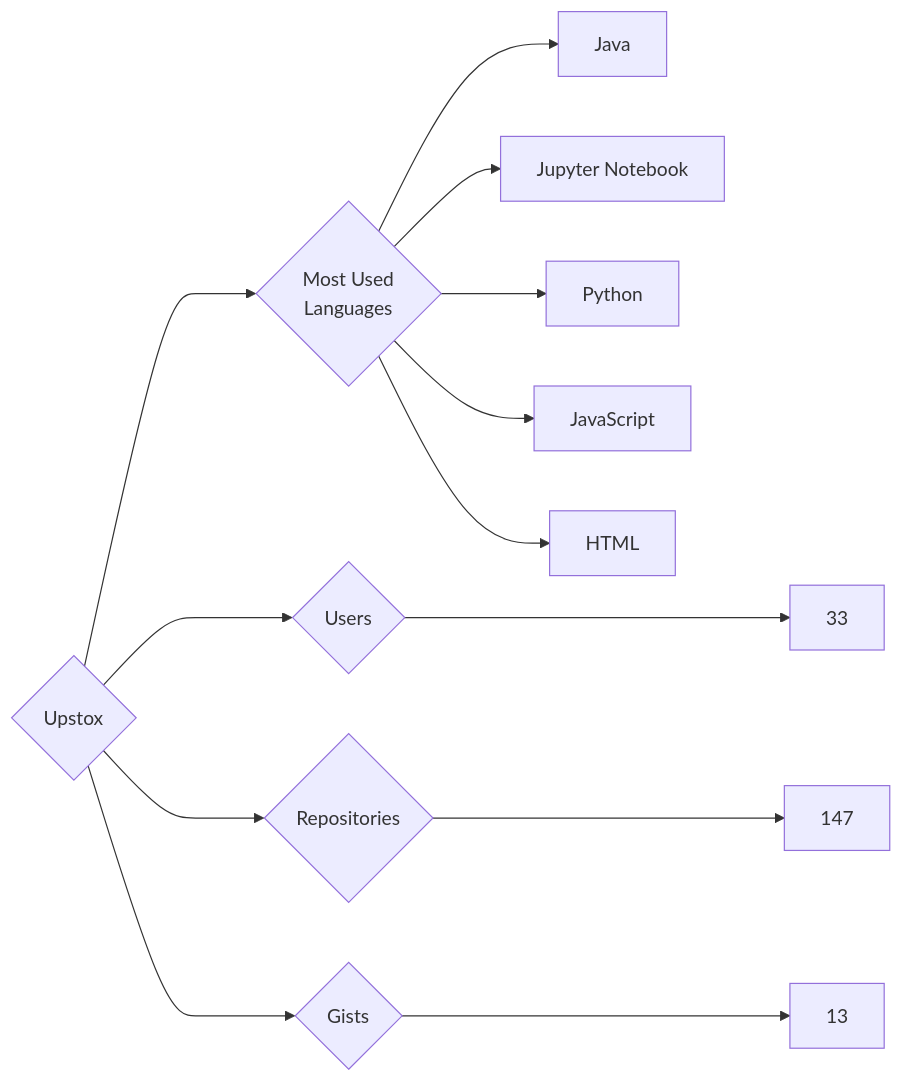
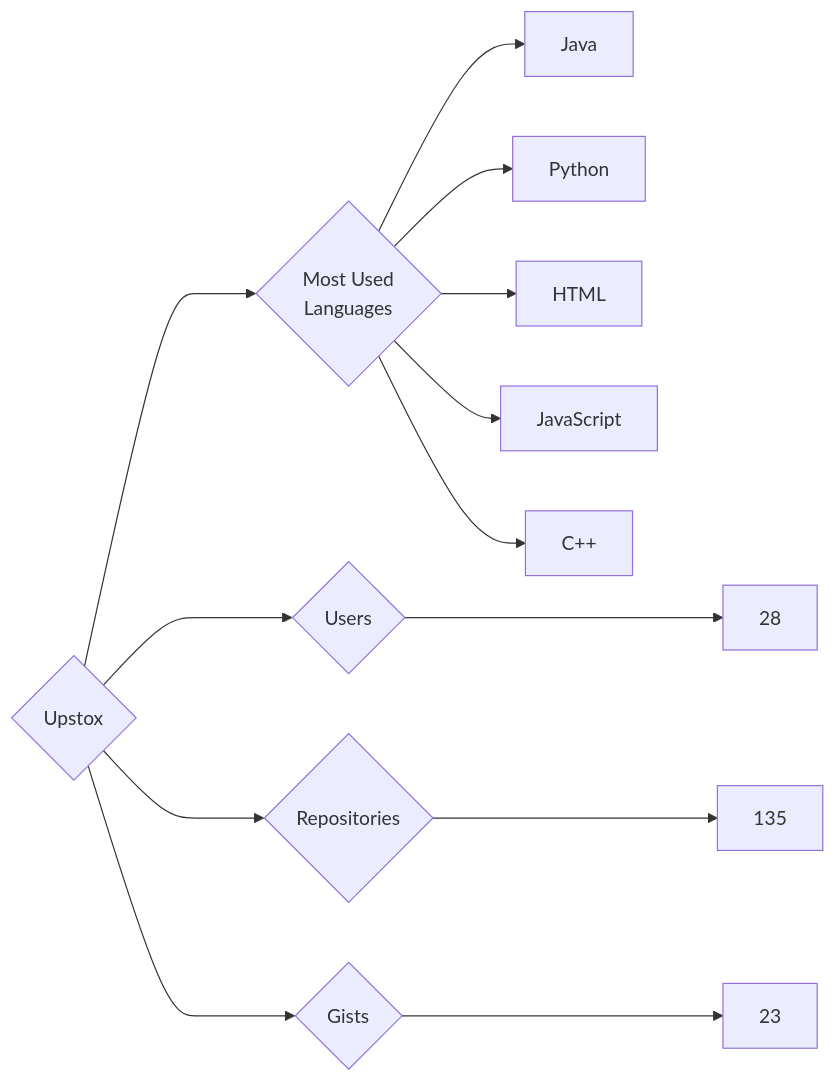
The diagram in targets/Upstox/README.md (trickest/insiders), drawn with Mermaid before and after one commit. The commit also changed 955 other files, not shown here.

````diff
--- a/targets/Upstox/README.md
+++ b/targets/Upstox/README.md
@@ -3,13 +3,13 @@
 ```mermaid
 graph LR
 COMPANY_NAME{Upstox}
-COMPANY_NAME ---> U{Users} ---> UN[33]
-COMPANY_NAME ---> R{Repositories} ---> RN[147]
-COMPANY_NAME ---> G{Gists} ---> GN[13]
+COMPANY_NAME ---> U{Users} ---> UN[28]
+COMPANY_NAME ---> R{Repositories} ---> RN[135]
+COMPANY_NAME ---> G{Gists} ---> GN[23]
 COMPANY_NAME ---> ML{Most Used<br>Languages}
 ML --> Java[Java]
-ML --> Jupyter_Notebook[Jupyter Notebook]
 ML --> Python[Python]
+ML --> HTML[HTML]
 ML --> JavaScript[JavaScript]
-ML --> HTML[HTML]
+ML --> C++[C++]
 ```
````
